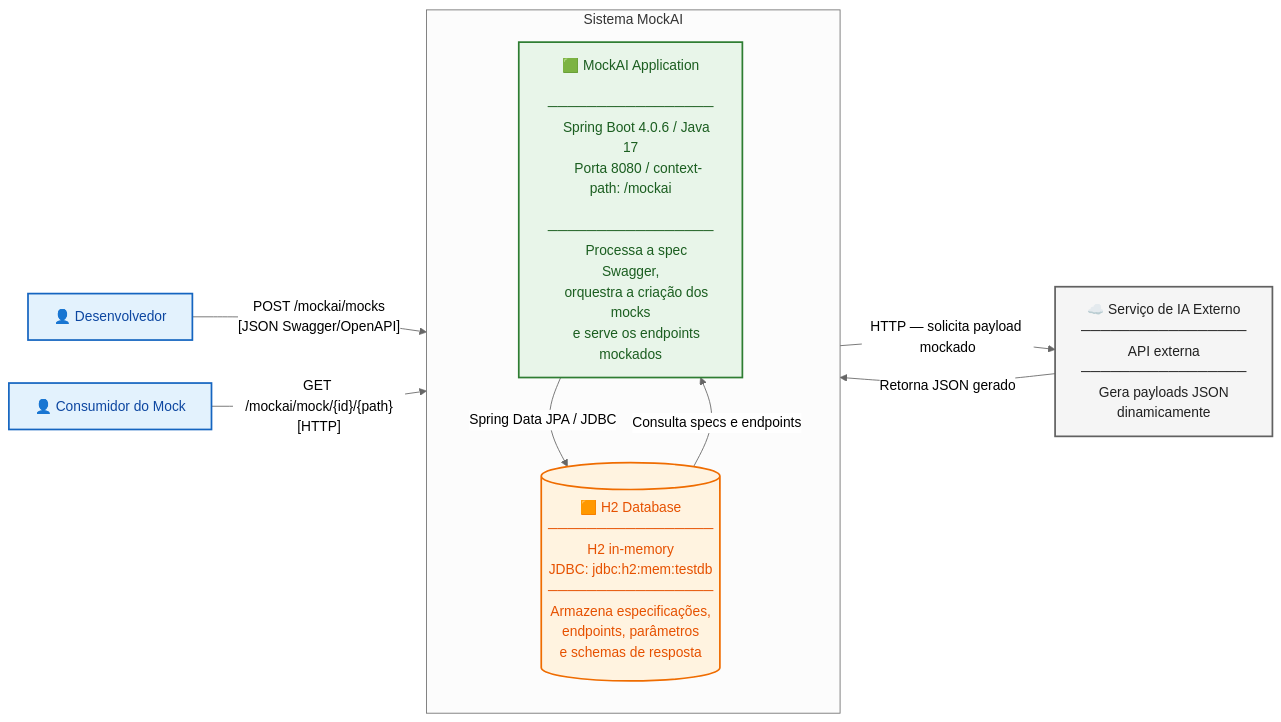
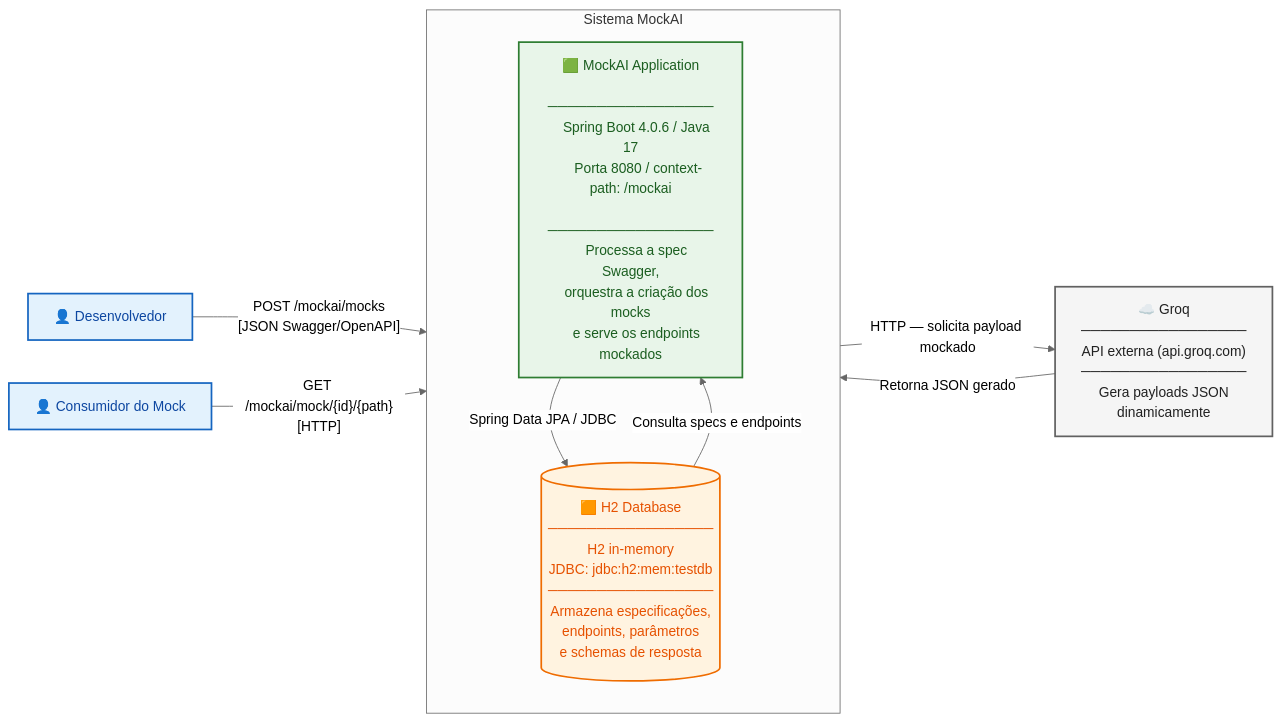
One commit to IA-para-DEVs-SCTEC-T2/mini-projeto-MockAi changed the second of 4 diagrams in docs/architecture-diagram.md. Above: the diagram before and after it, drawn with Mermaid. The commit also changed other lines of this file and 10 other files, not shown here.

Commit message:
feat: ajuste para utilizar Groq API em vez de OpenAI para conexão com LLMs

````diff
--- a/docs/architecture-diagram.md
+++ b/docs/architecture-diagram.md
@@ -67,57 +67,57 @@
 ```mermaid
 ---
 config:
   layout: dagre
   theme: neutral
 ---
 flowchart LR
   dev["👤 Desenvolvedor"]
   consumer["👤 Consumidor do Mock"]
 
   subgraph mockai["Sistema MockAI"]
     direction TB
 
     api_app["🟩 MockAI Application
     ─────────────────
     Spring Boot 4.0.6 / Java 17
     Porta 8080 / context-path: /mockai
     ─────────────────
     Processa a spec Swagger,
     orquestra a criação dos mocks
     e serve os endpoints mockados"]
 
     db[("🟧 H2 Database
     ─────────────────
     H2 in-memory
     JDBC: jdbc:h2:mem:testdb
     ─────────────────
     Armazena especificações,
     endpoints, parâmetros
     e schemas de resposta")]
   end
 
-  ai_ext["☁️ Serviço de IA Externo
+  ai_ext["☁️ Groq
   ─────────────────
-  API externa
+  API externa (api.groq.com)
   ─────────────────
   Gera payloads JSON
   dinamicamente"]
 
   dev      -- "POST /mockai/mocks\n[JSON Swagger/OpenAPI]" --> api_app
   consumer -- "GET /mockai/mock/{id}/{path}\n[HTTP]"        --> api_app
   api_app  -- "Spring Data JPA / JDBC"                      --> db
   db       -- "Consulta specs e endpoints"                   --> api_app
   api_app  -- "HTTP — solicita payload mockado"              --> ai_ext
   ai_ext   -- "Retorna JSON gerado"                          --> api_app
 
   dev:::person
   consumer:::person
   api_app:::container
   db:::database
   ai_ext:::external
 
   classDef person    fill:#E3F2FD,stroke:#1565C0,stroke-width:2px,color:#0D47A1
   classDef container fill:#E8F5E9,stroke:#2E7D32,stroke-width:2px,color:#1B5E20
   classDef database  fill:#FFF3E0,stroke:#EF6C00,stroke-width:2px,color:#E65100
   classDef external  fill:#F5F5F5,stroke:#616161,stroke-width:2px,color:#212121
 ```
````
